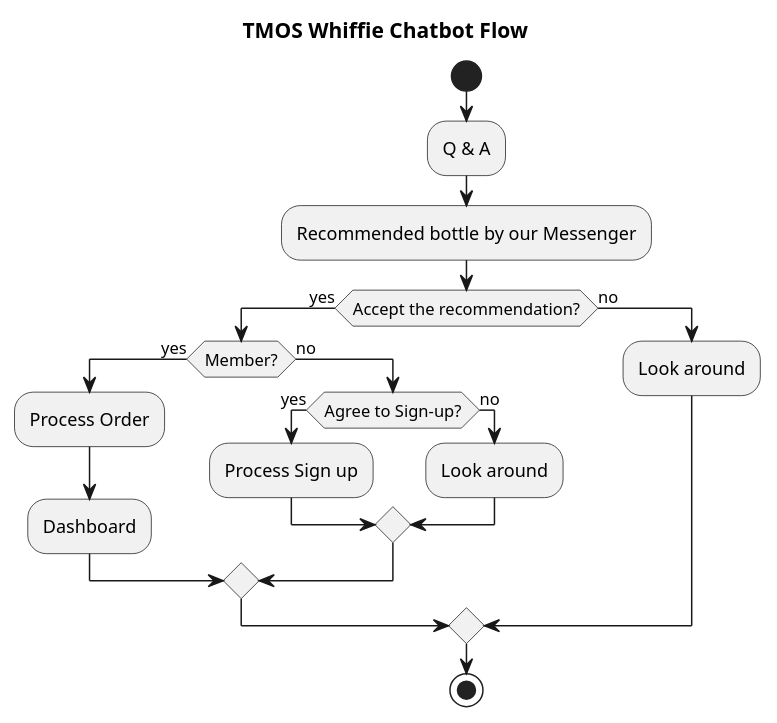
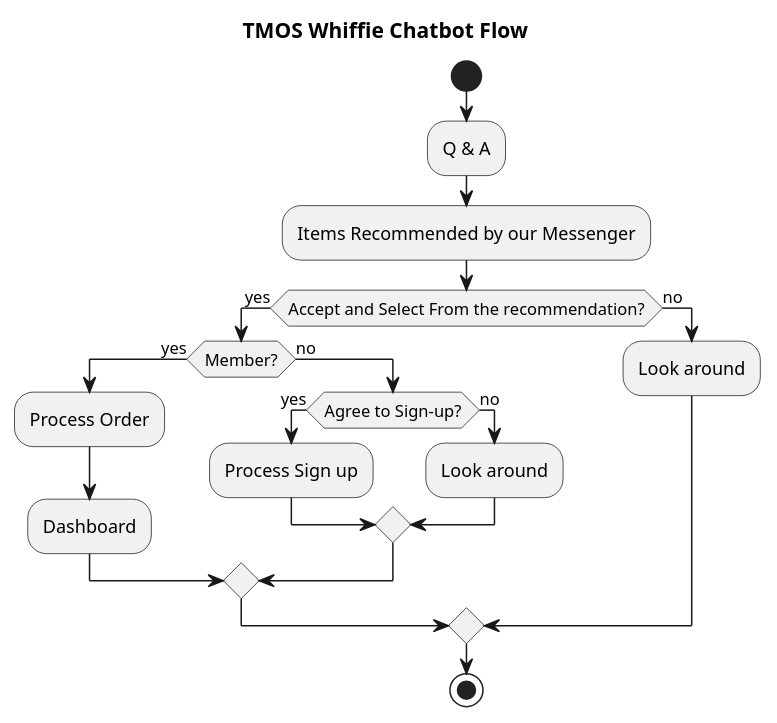
One commit to pmwong008/PlantUML_boot changed the diagram in docs/architecture/tmos_activity_chatbot.puml. Above: the diagram before and after it, drawn with PlantUML. The commit also changed 2 other files, not shown here.

```diff
--- a/docs/architecture/tmos_activity_chatbot.puml
+++ b/docs/architecture/tmos_activity_chatbot.puml
@@ -1,26 +1,26 @@
 @startuml
 title TMOS Whiffie Chatbot Flow
 start
 
 :Q & A;
-:Recommended bottle by our Messenger;
-if (Accept the recommendation?) then (yes)
+:Items Recommended by our Messenger;
+if (Accept and Select From the recommendation?) then (yes)
 
     if (Member?) then (yes)
         :Process Order;
         :Dashboard;
     else (no)
         if (Agree to Sign-up?) then (yes)
             :Process Sign up;
         else (no)
             :Look around;
         endif
 
     endif
 
 else (no)
     :Look around;
 endif
 
 stop
 @enduml
```
